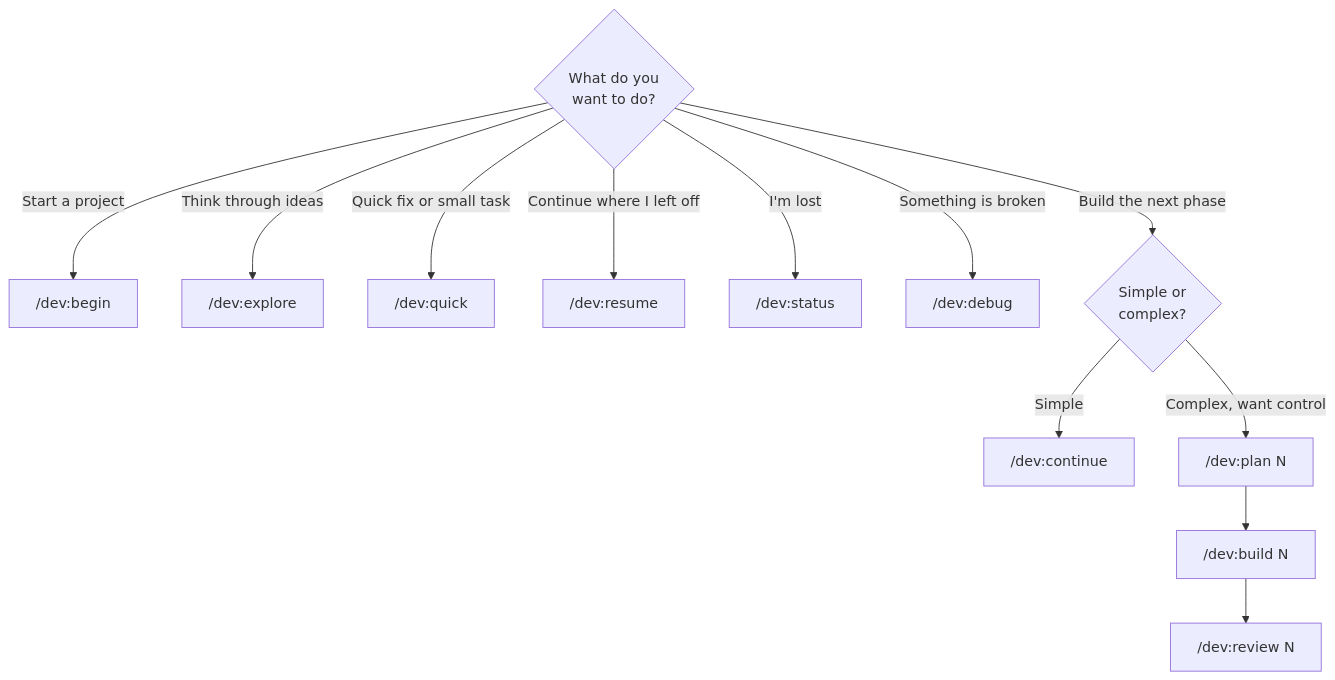
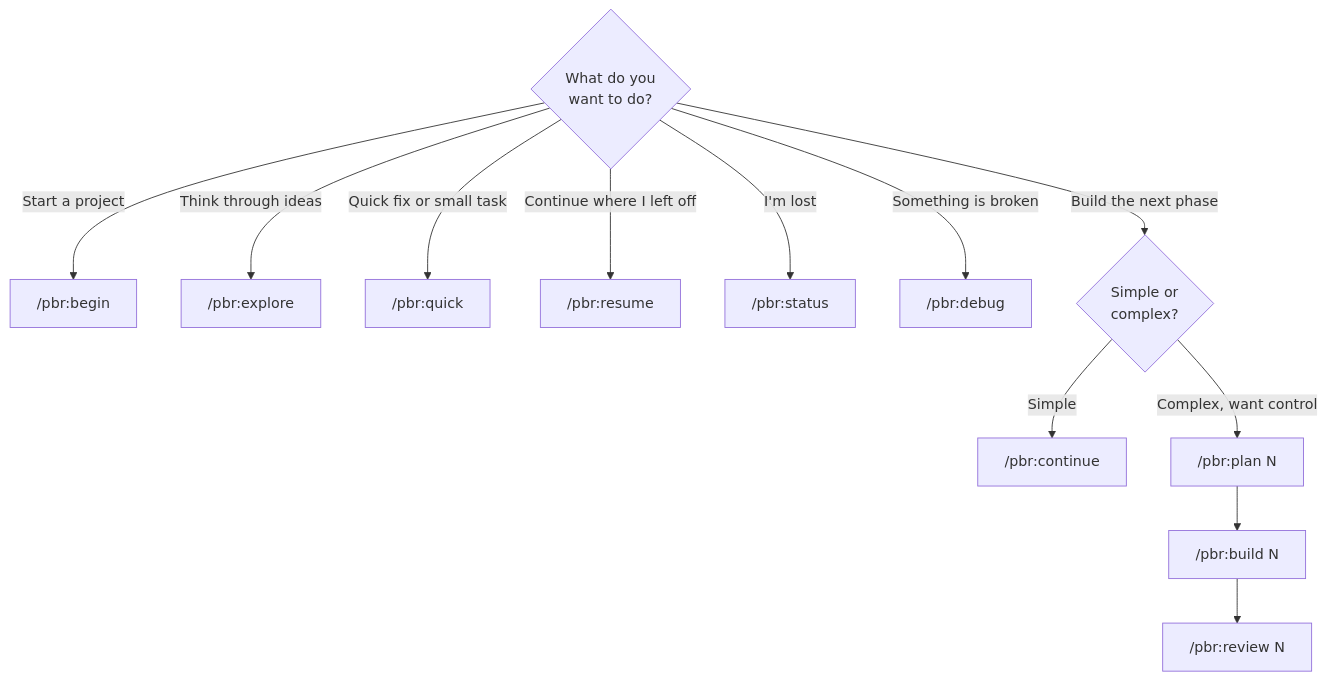
One commit to SienkLogic/plan-build-run changed the fifth of 5 diagrams in docs/WORKFLOW.md. Above: the diagram before and after it, drawn with Mermaid. The commit also changed other lines of this file and 358 other files, not shown here.

First line of the commit message:
feat(tools): rebrand towline to plan-build-run

````diff
--- a/docs/WORKFLOW.md
+++ b/docs/WORKFLOW.md
@@ -114,17 +114,17 @@
 ```mermaid
 flowchart TD
     What{What do you<br/>want to do?}
 
-    What -->|"Start a project"| Begin["/dev:begin"]
-    What -->|"Think through ideas"| Explore["/dev:explore"]
-    What -->|"Quick fix or small task"| Quick["/dev:quick"]
-    What -->|"Continue where I left off"| Resume["/dev:resume"]
-    What -->|"I'm lost"| Status["/dev:status"]
-    What -->|"Something is broken"| Debug["/dev:debug"]
+    What -->|"Start a project"| Begin["/pbr:begin"]
+    What -->|"Think through ideas"| Explore["/pbr:explore"]
+    What -->|"Quick fix or small task"| Quick["/pbr:quick"]
+    What -->|"Continue where I left off"| Resume["/pbr:resume"]
+    What -->|"I'm lost"| Status["/pbr:status"]
+    What -->|"Something is broken"| Debug["/pbr:debug"]
     What -->|"Build the next phase"| TaskSize{Simple or<br/>complex?}
 
-    TaskSize -->|"Simple"| Continue["/dev:continue"]
-    TaskSize -->|"Complex, want control"| Plan["/dev:plan N"]
-    Plan --> Build["/dev:build N"]
-    Build --> Review["/dev:review N"]
+    TaskSize -->|"Simple"| Continue["/pbr:continue"]
+    TaskSize -->|"Complex, want control"| Plan["/pbr:plan N"]
+    Plan --> Build["/pbr:build N"]
+    Build --> Review["/pbr:review N"]
 ```
````
